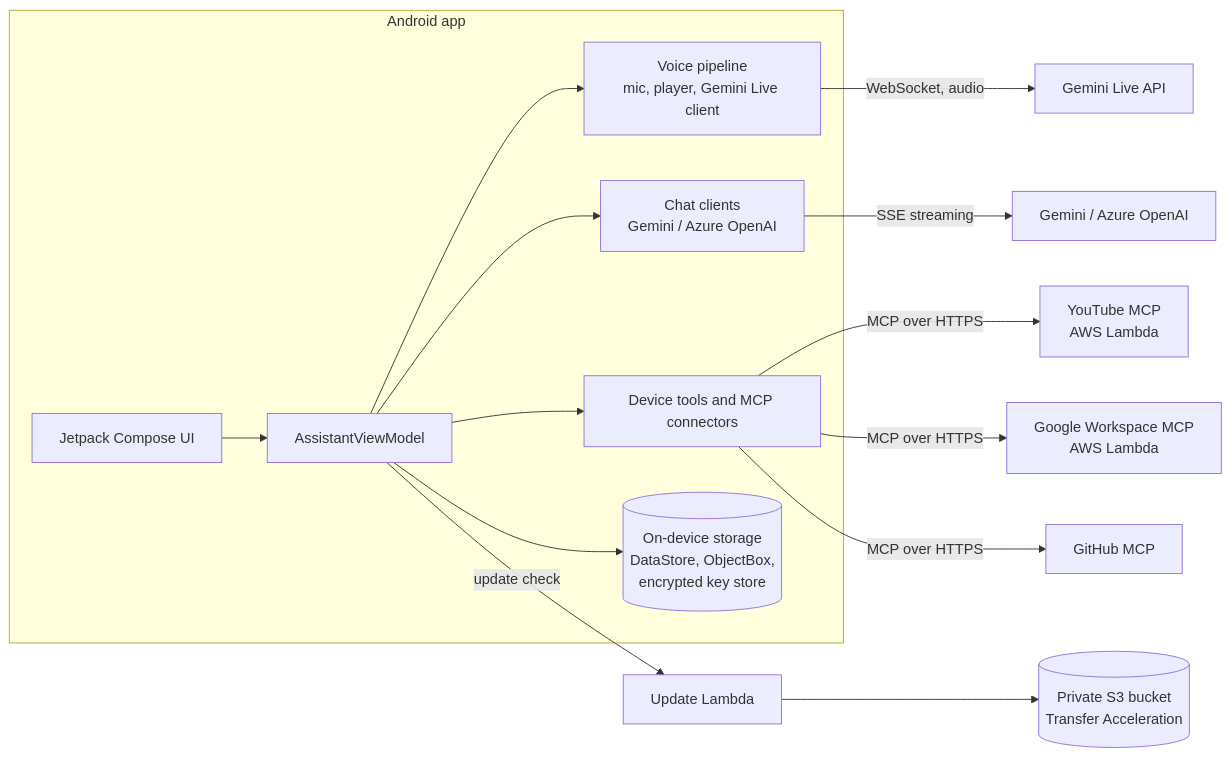
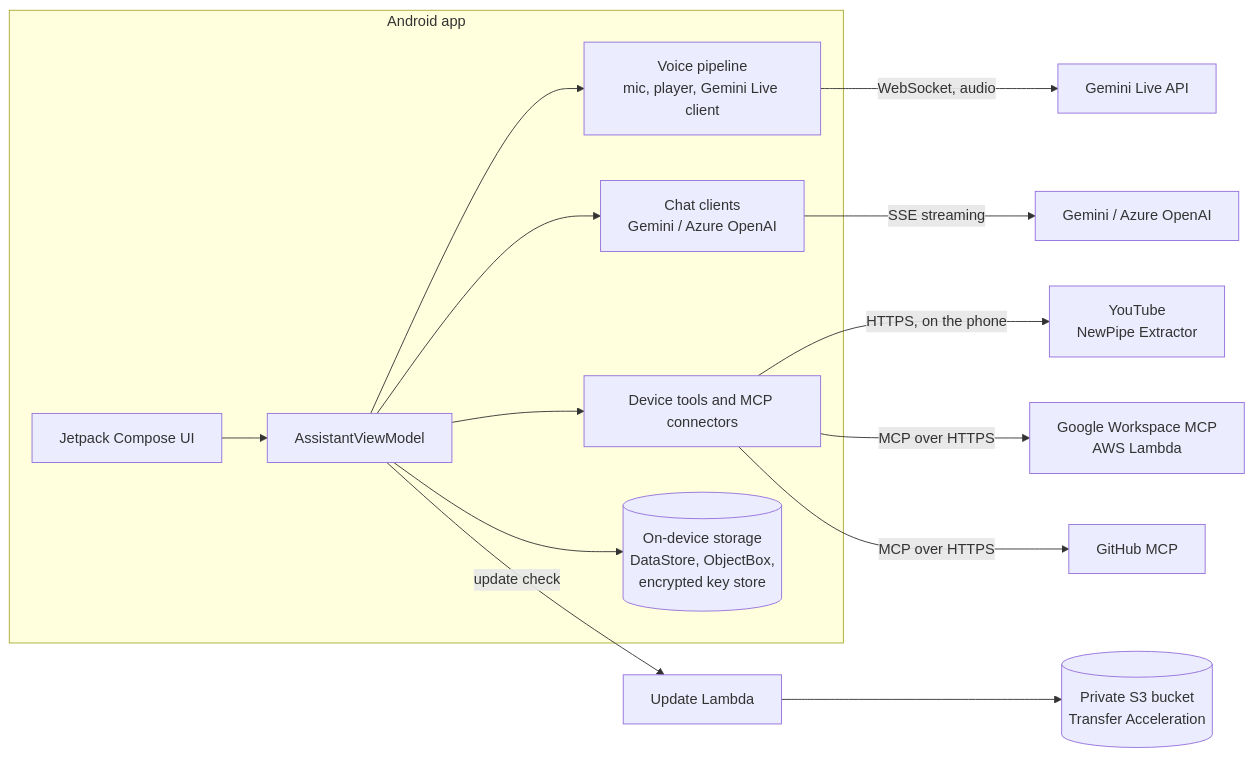
One commit to devxjitin/ultron-android changed the diagram in README.md. Above: the diagram before and after it, drawn with Mermaid. The commit also changed other lines of this file and 21 other files, not shown here.

First line of the commit message:
feat: on-phone YouTube connector, download options and tool cleanup

````diff
--- a/README.md
+++ b/README.md
@@ -181,18 +181,18 @@
 ```mermaid
 flowchart LR
     subgraph Phone["Android app"]
         UI["Jetpack Compose UI"] --> VM["AssistantViewModel"]
         VM --> Voice["Voice pipeline<br/>mic, player, Gemini Live client"]
         VM --> Chat["Chat clients<br/>Gemini / Azure OpenAI"]
         VM --> Tools["Device tools and MCP connectors"]
         VM --> Store[("On-device storage<br/>DataStore, ObjectBox,<br/>encrypted key store")]
     end
 
     Voice -- "WebSocket, audio" --> GL["Gemini Live API"]
     Chat -- "SSE streaming" --> LLM["Gemini / Azure OpenAI"]
-    Tools -- "MCP over HTTPS" --> YT["YouTube MCP<br/>AWS Lambda"]
+    Tools -- "HTTPS, on the phone" --> YT["YouTube<br/>NewPipe Extractor"]
     Tools -- "MCP over HTTPS" --> GW["Google Workspace MCP<br/>AWS Lambda"]
     Tools -- "MCP over HTTPS" --> GH["GitHub MCP"]
     VM -- "update check" --> UP["Update Lambda"]
     UP --> S3[("Private S3 bucket<br/>Transfer Acceleration")]
 ```
````
